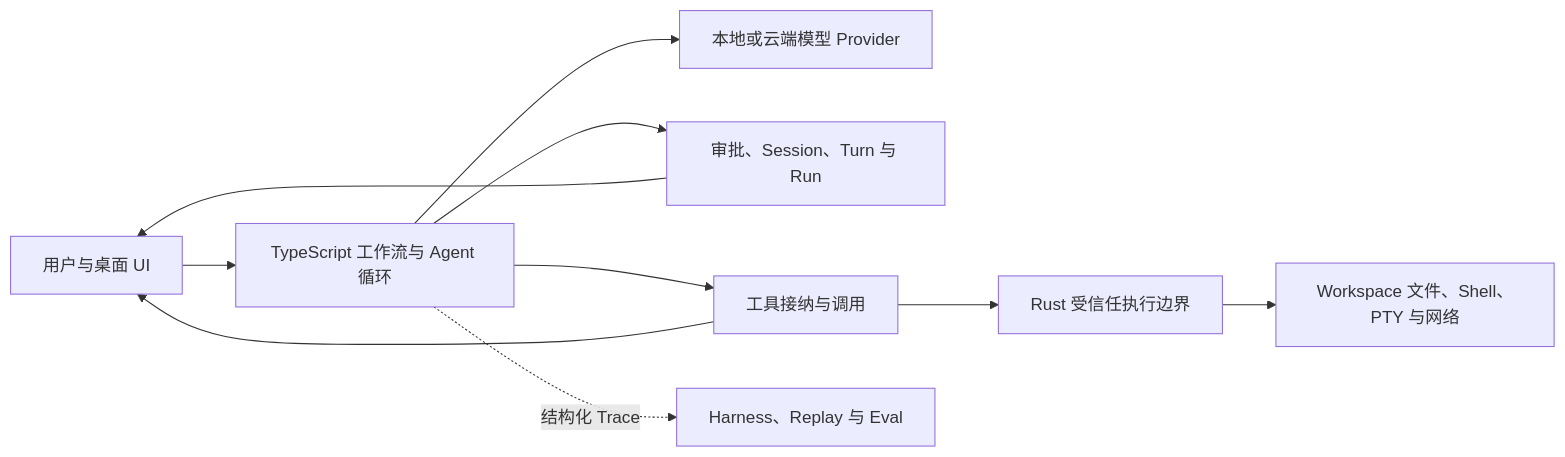
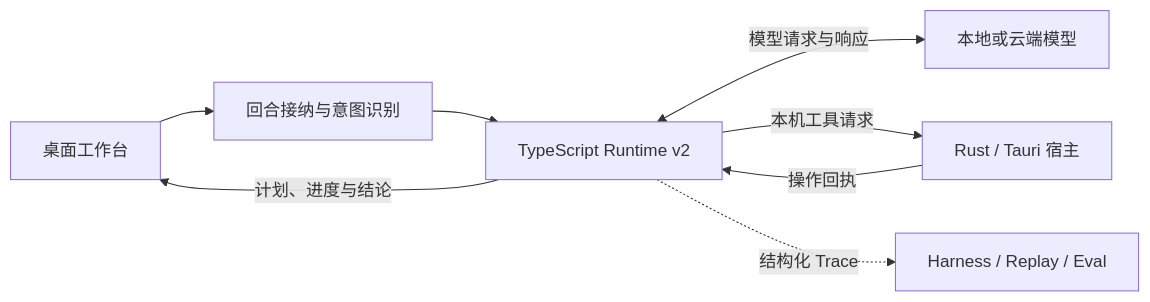
The diagram in README.md (MSTUDIOHUB/MAIN), drawn with Mermaid before and after one commit. The commit also changed other lines of this file, not shown here.

````diff
--- a/README.md
+++ b/README.md
@@ -54,12 +66,10 @@
 ```mermaid
 flowchart LR
-    U["用户与桌面 UI"] --> T["TypeScript 工作流与 Agent 循环"]
-    T --> P["本地或云端模型 Provider"]
-    T --> A["审批、Session、Turn 与 Run"]
-    T --> X["工具接纳与调用"]
-    X --> R["Rust 受信任执行边界"]
-    R --> W["Workspace 文件、Shell、PTY 与网络"]
-    T -. "结构化 Trace" .-> H["Harness、Replay 与 Eval"]
-    A --> U
-    X --> U
+    UI["桌面工作台"] --> Intake["回合接纳与意图识别"]
+    Intake --> Runtime["TypeScript Runtime v2"]
+    Runtime <-->|模型请求与响应| Model["本地或云端模型"]
+    Runtime -->|本机工具请求| Host["Rust / Tauri 宿主"]
+    Host -->|操作回执| Runtime
+    Runtime -->|计划、进度与结论| UI
+    Runtime -.->|结构化 Trace| Harness["Harness / Replay / Eval"]
 ```
````
